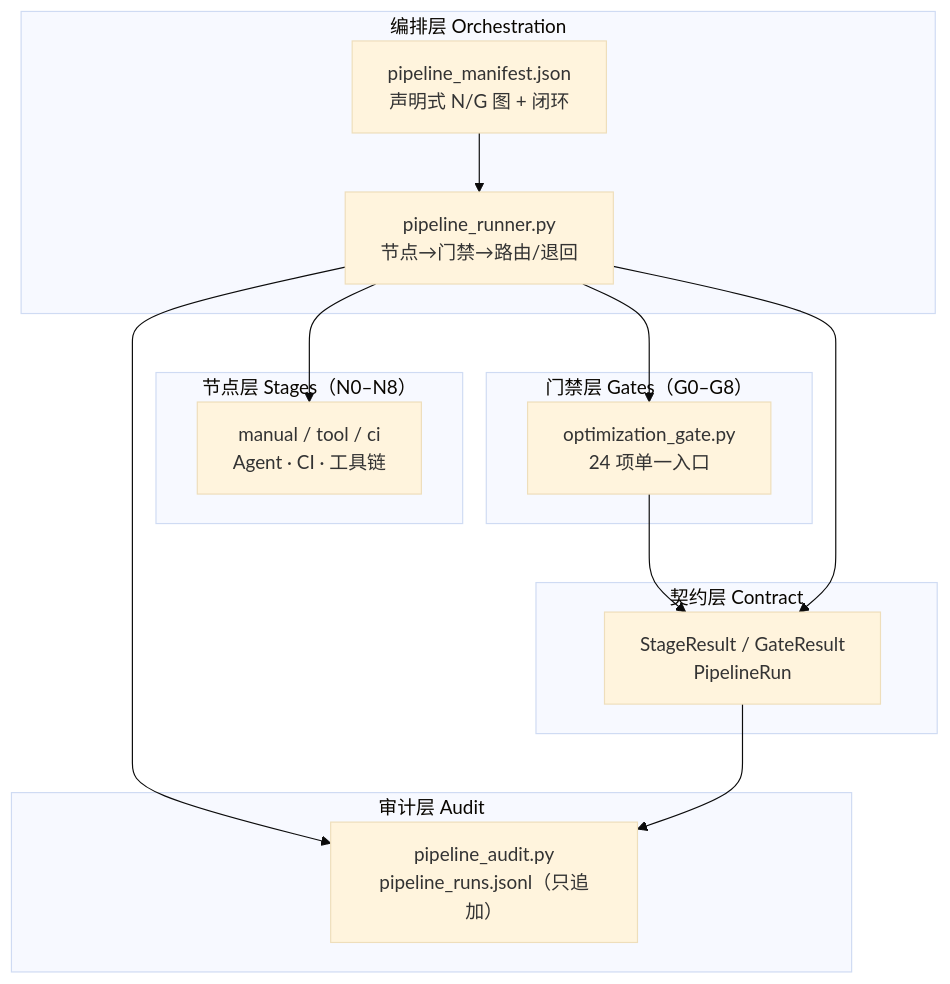
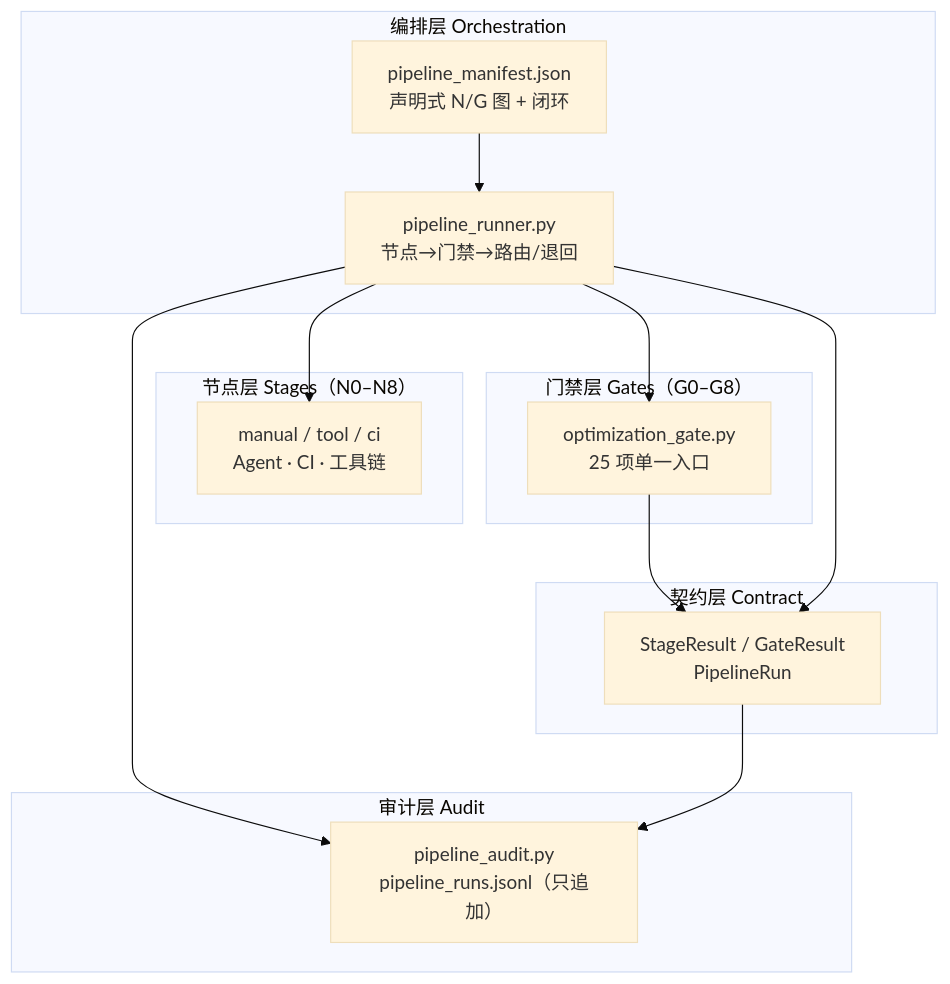
The diagram in engine/docs/report-pipeline-implementation-plan.md (hmbphxkw76-byte/tech-context-digest), drawn with Mermaid (base theme) before and after one commit. The commit also changed other lines of this file and 25 other files, not shown here.

````diff
--- a/engine/docs/report-pipeline-implementation-plan.md
+++ b/engine/docs/report-pipeline-implementation-plan.md
@@ -24,26 +24,26 @@
 ```mermaid
 flowchart TB
     subgraph ORCH["编排层 Orchestration"]
         M["pipeline_manifest.json<br/>声明式 N/G 图 + 闭环"]
         R["pipeline_runner.py<br/>节点→门禁→路由/退回"]
     end
     subgraph STAGE["节点层 Stages（N0–N8）"]
         S["manual / tool / ci<br/>Agent · CI · 工具链"]
     end
     subgraph GATE["门禁层 Gates（G0–G8）"]
-        OG["optimization_gate.py<br/>24 项单一入口"]
+        OG["optimization_gate.py<br/>25 项单一入口"]
     end
     subgraph CONTRACT["契约层 Contract"]
         C["StageResult / GateResult<br/>PipelineRun"]
     end
     subgraph AUDIT["审计层 Audit"]
         A["pipeline_audit.py<br/>pipeline_runs.jsonl（只追加）"]
     end
     M --> R
     R --> S
     R --> OG
     OG --> C
     R --> C
     R --> A
     C --> A
 ```
````
